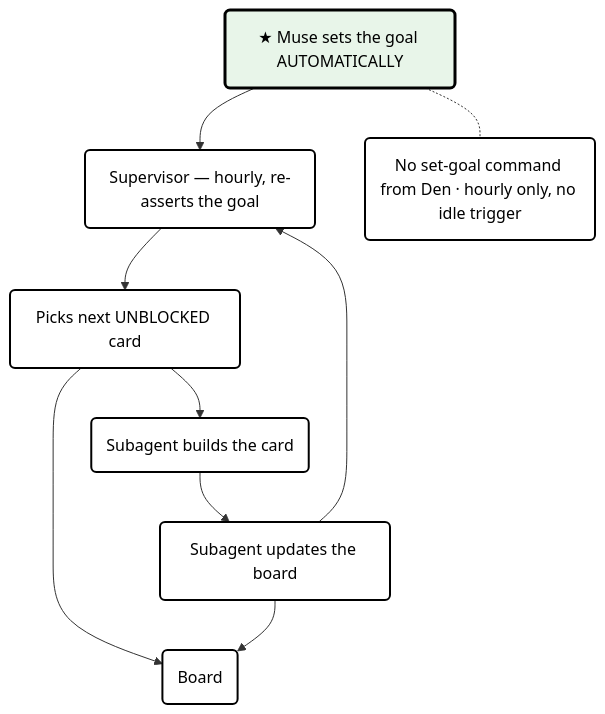
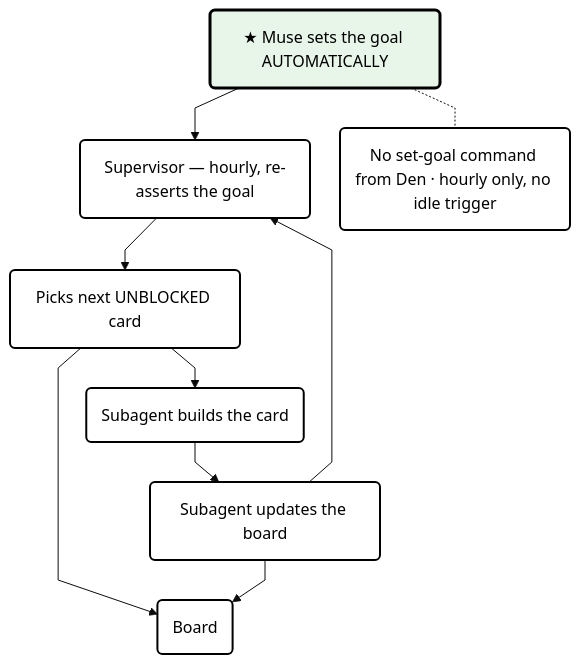
The diagram in diagrams/muse-goal-mechanism.mmd (dzianisv/goal), drawn with Mermaid before and after one commit. The commit also changed 1 other file, not shown here.

Commit message:
Mermaid: init directive for tighter layout (node/rank spacing, linear edges) to match PNG style

```diff
--- a/diagrams/muse-goal-mechanism.mmd
+++ b/diagrams/muse-goal-mechanism.mmd
@@ -1,31 +1,35 @@
+%%{init: {"theme": "base", "flowchart": {"nodeSpacing": 30, "rankSpacing": 40, "curve": "linear", "diagramPadding": 10}}}%%
 %% How the goal works in Muse — compact, GitHub-readable.
 %% Styled to match the PNG: plain white boxes, black borders,
 %% green highlight on the auto-inferred goal. The PNG is the
 %% full-detail version (same structure, longer notes).
 %% Muse sets the goal AUTOMATICALLY: it infers the goal from the
 %% project/conversation and declares it itself (docs/goals.md, system
 %% prompt, goal-mechanism-spec.md lines 9/50). No set-goal command
 %% from Den. From the design description + Muse's goal docs —
 %% NOT from Muse internals. Do not read more into it.
 %% Detail lives in muse-goal-mechanism.md.
+%% NOTE: Mermaid decides node positions itself (dagre layout).
+%% This file controls boxes, labels, edges, colours, and spacing —
+%% not exact coordinates. The PNG keeps the exact sketch geometry.
 
 flowchart TD
     classDef plain fill:#fff,stroke:#000,stroke-width:2px,color:#000
     classDef hl fill:#e8f5e9,stroke:#000,stroke-width:3px,color:#000
 
     AUTO("★ Muse sets the goal AUTOMATICALLY"):::hl
     SUP("Supervisor — hourly, re-asserts the goal"):::plain
     PICK("Picks next UNBLOCKED card"):::plain
     BUILD("Subagent builds the card"):::plain
     UPD("Subagent updates the board"):::plain
     BOARD("Board"):::plain
     NOTE("No set-goal command from Den · hourly only, no idle trigger"):::plain
 
     AUTO --> SUP
     SUP --> PICK
     PICK --> BUILD
     BUILD --> UPD
     UPD --> SUP
     PICK --> BOARD
     UPD --> BOARD
     AUTO -.- NOTE
```
